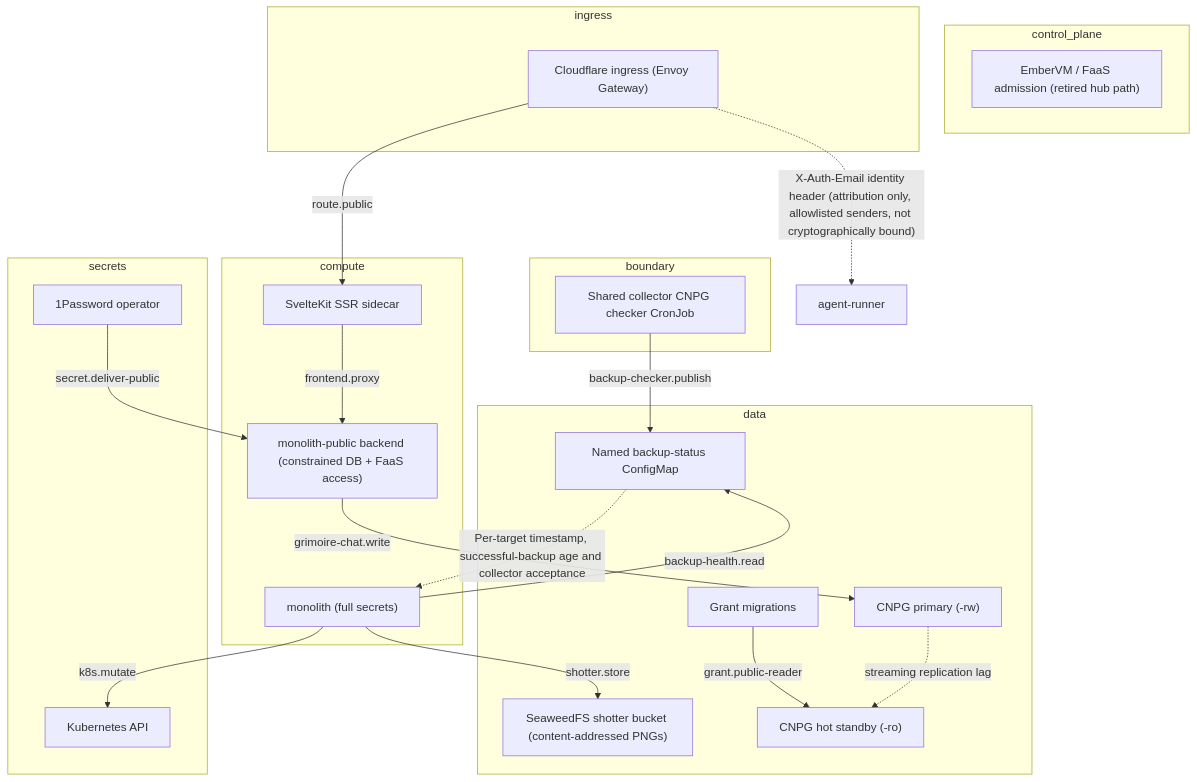
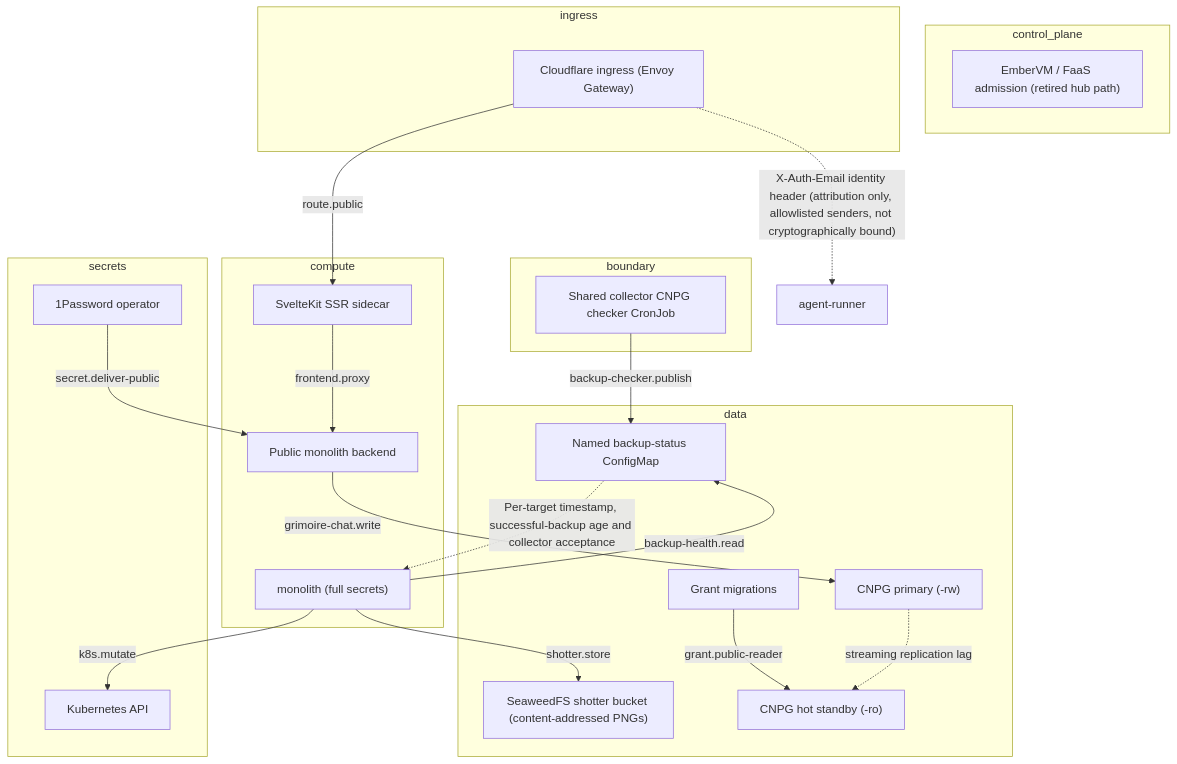
One commit to jomcgi-org/homelab changed the second of 2 diagrams in projects/monolith/STPA.md. Above: the diagram before and after it, drawn with Mermaid. The commit also changed other lines of this file and 5 other files, not shown here.

````diff
--- a/projects/monolith/STPA.md
+++ b/projects/monolith/STPA.md
@@ -170,40 +171,40 @@
 ```mermaid
 flowchart TD
   subgraph boundary["boundary"]
     backup-checker["Shared collector CNPG checker CronJob"]
   end
   subgraph compute["compute"]
     frontend-ssr["SvelteKit SSR sidecar"]
     private-binary["monolith (full secrets)"]
-    public-binary["monolith-public backend (constrained DB + FaaS access)"]
+    public-binary["Public monolith backend"]
   end
   subgraph control_plane["control_plane"]
     embervm["EmberVM / FaaS admission (retired hub path)"]
   end
   subgraph data["data"]
     backup-status["Named backup-status ConfigMap"]
     migrations["Grant migrations"]
     pg-primary["CNPG primary (-rw)"]
     pg-replica["CNPG hot standby (-ro)"]
     shotter-store["SeaweedFS shotter bucket (content-addressed PNGs)"]
   end
   subgraph ingress["ingress"]
     cf-ingress["Cloudflare ingress (Envoy Gateway)"]
   end
   subgraph secrets["secrets"]
     k8s-api["Kubernetes API"]
     onepassword["1Password operator"]
   end
   backup-checker -- "backup-checker.publish" --> backup-status
   private-binary -- "backup-health.read" --> backup-status
   frontend-ssr -- "frontend.proxy" --> public-binary
   migrations -- "grant.public-reader" --> pg-replica
   public-binary -- "grimoire-chat.write" --> pg-primary
   private-binary -- "k8s.mutate" --> k8s-api
   cf-ingress -- "route.public" --> frontend-ssr
   onepassword -- "secret.deliver-public" --> public-binary
   private-binary -- "shotter.store" --> shotter-store
   backup-status -. "Per-target timestamp, successful-backup age and collector acceptance" .-> private-binary
   cf-ingress -. "X-Auth-Email identity header (attribution only, allowlisted senders, not cryptographically bound)" .-> agent-runner
   pg-primary -. "streaming replication lag" .-> pg-replica
 ```
````
